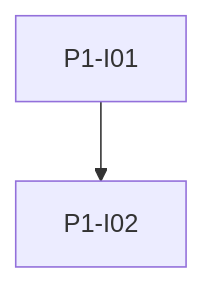
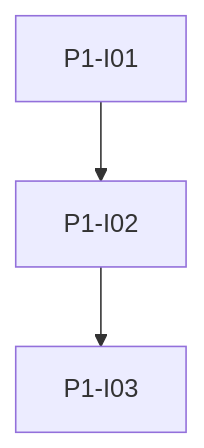
Before and after one commit to YannikG/srf-news-german-learning: the diagram in docs/roadmap/phase-1/README.md, drawn with Mermaid. The commit also changed other lines of this file and 6 other files, not shown here.

First line of the commit message:
docs(roadmap): Phase 1 P1-I03 Quality Gates (Ruff, Prettier, CI)

````diff
--- a/docs/roadmap/phase-1/README.md
+++ b/docs/roadmap/phase-1/README.md
@@ -21,6 +23,8 @@
 ```mermaid
 flowchart TB
   I01[P1-I01]
   I02[P1-I02]
+  I03[P1-I03]
   I01 --> I02
+  I02 --> I03
 ```
````
